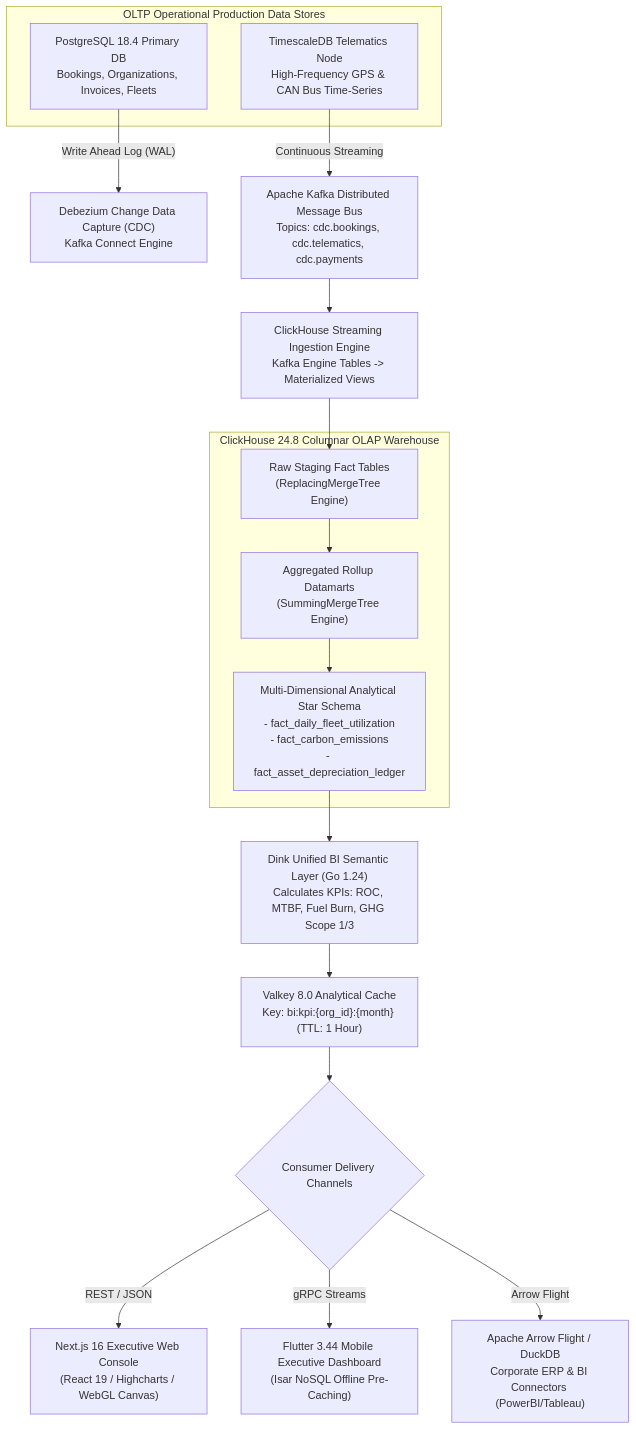
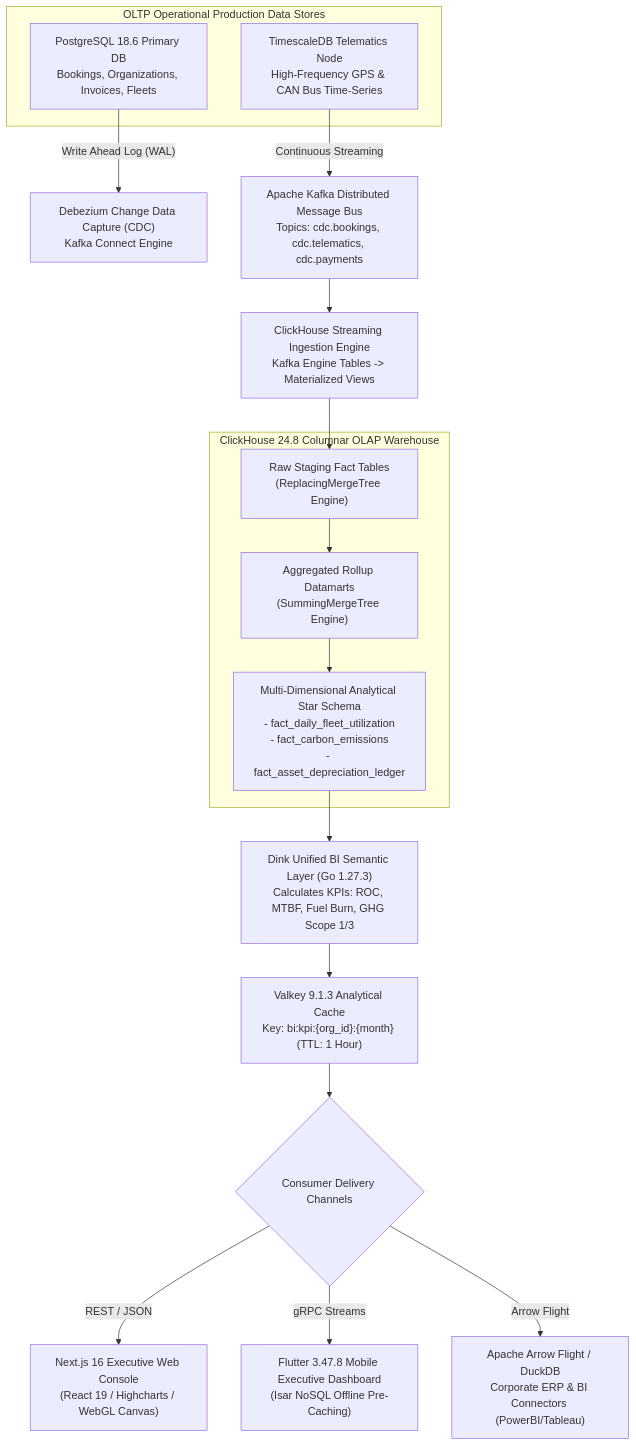
The first of 3 diagrams in docs/shared/requirements/07-09-advanced-analytics-reporting.md (YDink/Heavy-Machinery-Logistics-Rental), drawn with Mermaid before and after one commit. The commit also changed other lines of this file and 212 other files, not shown here.

````diff
--- a/docs/shared/requirements/07-09-advanced-analytics-reporting.md
+++ b/docs/shared/requirements/07-09-advanced-analytics-reporting.md
@@ -92,29 +92,29 @@
 ```mermaid
 flowchart TD
     subgraph OperationalSources["OLTP Operational Production Data Stores"]
-        PG["PostgreSQL 18.4 Primary DB<br/>Bookings, Organizations, Invoices, Fleets"]
+        PG["PostgreSQL 18.6 Primary DB<br/>Bookings, Organizations, Invoices, Fleets"]
         TS["TimescaleDB Telematics Node<br/>High-Frequency GPS & CAN Bus Time-Series"]
     end
 
     PG -->|"Write Ahead Log (WAL)"| Debezium["Debezium Change Data Capture (CDC)<br/>Kafka Connect Engine"]
     TS -->|"Continuous Streaming"| KafkaBroker["Apache Kafka Distributed Message Bus<br/>Topics: cdc.bookings, cdc.telematics, cdc.payments"]
 
     KafkaBroker --> ClickHousePipe["ClickHouse Streaming Ingestion Engine<br/>Kafka Engine Tables -> Materialized Views"]
 
     subgraph ClickHouseWarehouse["ClickHouse 24.8 Columnar OLAP Warehouse"]
         CH_Raw["Raw Staging Fact Tables<br/>(ReplacingMergeTree Engine)"] --> CH_Agg["Aggregated Rollup Datamarts<br/>(SummingMergeTree Engine)"]
         CH_Agg --> StarSchema["Multi-Dimensional Analytical Star Schema<br/>- fact_daily_fleet_utilization<br/>- fact_carbon_emissions<br/>- fact_asset_depreciation_ledger"]
     end
 
     ClickHousePipe --> CH_Raw
 
-    StarSchema --> SemanticLayer["Dink Unified BI Semantic Layer (Go 1.24)<br/>Calculates KPIs: ROC, MTBF, Fuel Burn, GHG Scope 1/3"]
+    StarSchema --> SemanticLayer["Dink Unified BI Semantic Layer (Go 1.27.3)<br/>Calculates KPIs: ROC, MTBF, Fuel Burn, GHG Scope 1/3"]
 
-    SemanticLayer --> CacheValkey["Valkey 8.0 Analytical Cache<br/>Key: bi:kpi:{org_id}:{month} (TTL: 1 Hour)"]
+    SemanticLayer --> CacheValkey["Valkey 9.1.3 Analytical Cache<br/>Key: bi:kpi:{org_id}:{month} (TTL: 1 Hour)"]
 
     CacheValkey --> DeliveryGateways{"Consumer Delivery Channels"}
 
     DeliveryGateways -->|"REST / JSON"| NextPortal["Next.js 16 Executive Web Console<br/>(React 19 / Highcharts / WebGL Canvas)"]
-    DeliveryGateways -->|"gRPC Streams"| MobileFlutter["Flutter 3.44 Mobile Executive Dashboard<br/>(Isar NoSQL Offline Pre-Caching)"]
+    DeliveryGateways -->|"gRPC Streams"| MobileFlutter["Flutter 3.47.8 Mobile Executive Dashboard<br/>(Isar NoSQL Offline Pre-Caching)"]
     DeliveryGateways -->|"Arrow Flight"| DataScience["Apache Arrow Flight / DuckDB<br/>Corporate ERP & BI Connectors (PowerBI/Tableau)"]
 ```
````
